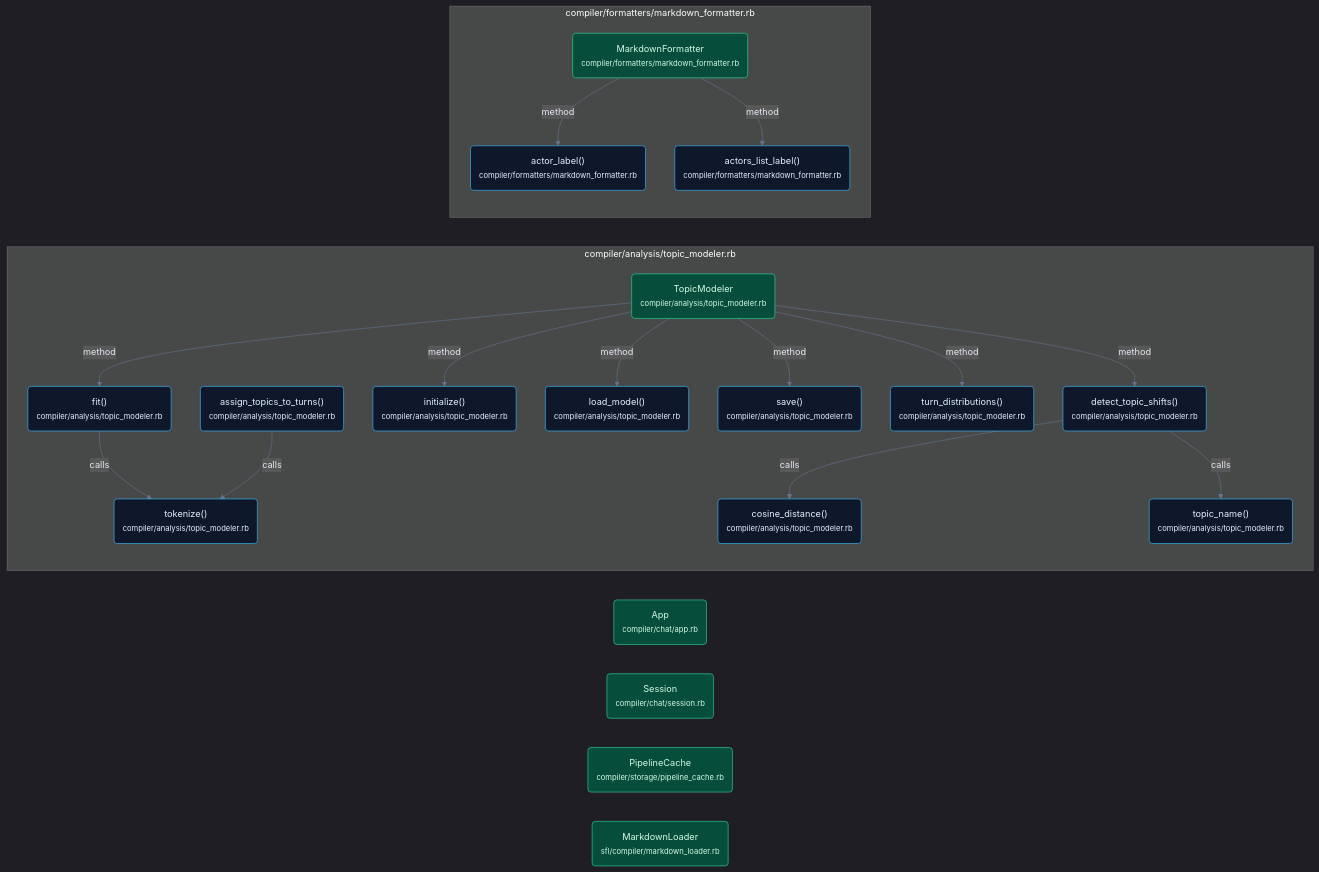
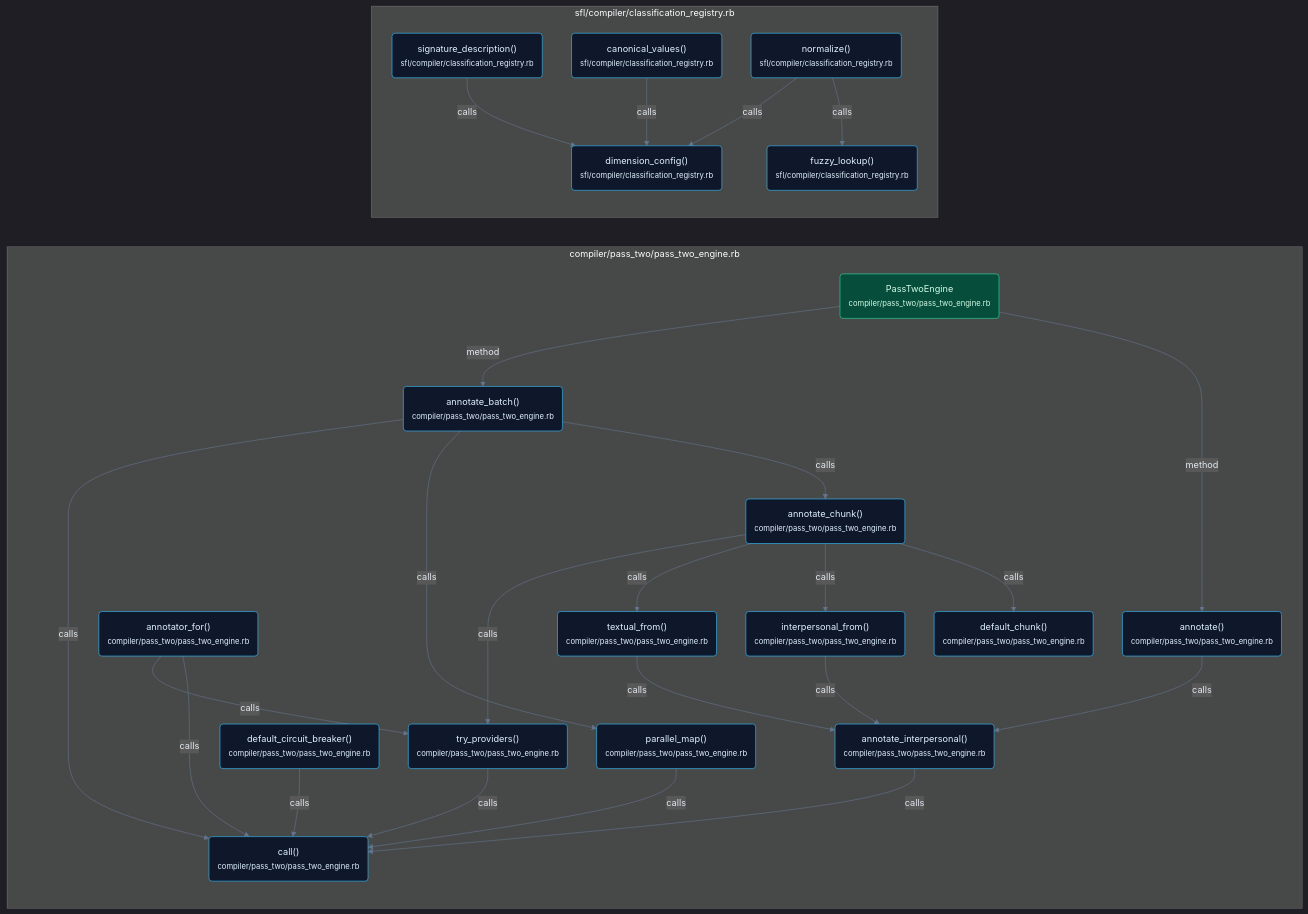
One commit to b08x/ruby-sfl-compiler changed the diagram in docs/diagrams/callflow_6.mmd. Above: the diagram before and after it, drawn with Mermaid. The commit also changed 26 other files, not shown here.

First line of the commit message:
📝 docs: document modules, update architecture and roadmap

```diff
--- a/docs/diagrams/callflow_6.mmd
+++ b/docs/diagrams/callflow_6.mmd
@@ -1,65 +1,75 @@
 %%{init: {"theme": "dark", "themeVariables": {"fontSize": "15.0px", "fontFamily": "Segoe UI, system-ui, sans-serif", "primaryColor": "#1e293b", "primaryTextColor": "#e2e8f0", "primaryBorderColor": "#38bdf8", "secondaryColor": "#0f172a", "tertiaryColor": "#334155", "lineColor": "#64748b", "textColor": "#e2e8f0"}, "flowchart": {"htmlLabels": true, "curve": "basis", "nodeSpacing": 48, "rankSpacing": 64, "padding": 14, "diagramPadding": 10, "useMaxWidth": true}}}%%
 flowchart LR
-    %% Section: Ingestion & Updates (96 nodes, 143 edges)
-    subgraph ingest_cache_update_compiler_analysis_topic_mode_2a162623["compiler/analysis/topic_modeler.rb"]
-        analysis_topic_modeler_topicmodeler_7c56ddc2("TopicModeler<br/><small>compiler/analysis/topic_modeler.rb</small>")
-        analysis_topic_modeler_topicmodeler_detect_topic_7a164f9f("detect_topic_shifts()<br/><small>compiler/analysis/topic_modeler.rb</small>")
-        analysis_topic_modeler_topicmodeler_fit_e9c2e99c("fit()<br/><small>compiler/analysis/topic_modeler.rb</small>")
-        analysis_topic_modeler_topicmodeler_initialize_be9d7e39("initialize()<br/><small>compiler/analysis/topic_modeler.rb</small>")
-        analysis_topic_modeler_topicmodeler_load_model_5b54b5a8("load_model()<br/><small>compiler/analysis/topic_modeler.rb</small>")
-        analysis_topic_modeler_topicmodeler_save_afa76bfb("save()<br/><small>compiler/analysis/topic_modeler.rb</small>")
-        analysis_topic_modeler_topicmodeler_turn_distrib_5324a076("turn_distributions()<br/><small>compiler/analysis/topic_modeler.rb</small>")
-        analysis_topic_modeler_tokenize_a0d8fa87("tokenize()<br/><small>compiler/analysis/topic_modeler.rb</small>")
-        analysis_topic_modeler_cosine_distance_f4c683ed("cosine_distance()<br/><small>compiler/analysis/topic_modeler.rb</small>")
-        analysis_topic_modeler_topic_name_b8f92bd8("topic_name()<br/><small>compiler/analysis/topic_modeler.rb</small>")
-        analysis_topic_modeler_assign_topics_to_turns_06b015c2("assign_topics_to_turns()<br/><small>compiler/analysis/topic_modeler.rb</small>")
+    %% Section: Classification Registry (47 nodes, 98 edges)
+    subgraph classification_registry_compiler_pass_two_pass_t_67500f7c["compiler/pass_two/pass_two_engine.rb"]
+        pass_two_pass_two_engine_annotate_chunk_70b2c869("annotate_chunk()<br/><small>compiler/pass_two/pass_two_engine.rb</small>")
+        pass_two_pass_two_engine_interpersonal_from_54cfaf6d("interpersonal_from()<br/><small>compiler/pass_two/pass_two_engine.rb</small>")
+        pass_two_pass_two_engine_annotate_interpersonal_3d71862d("annotate_interpersonal()<br/><small>compiler/pass_two/pass_two_engine.rb</small>")
+        pass_two_pass_two_engine_default_chunk_e7977e94("default_chunk()<br/><small>compiler/pass_two/pass_two_engine.rb</small>")
+        pass_two_pass_two_engine_passtwoengine_annotate_997aef16("annotate_batch()<br/><small>compiler/pass_two/pass_two_engine.rb</small>")
+        pass_two_pass_two_engine_textual_from_ac6ee295("textual_from()<br/><small>compiler/pass_two/pass_two_engine.rb</small>")
+        pass_two_pass_two_engine_passtwoengine_268bffbd("PassTwoEngine<br/><small>compiler/pass_two/pass_two_engine.rb</small>")
+        pass_two_pass_two_engine_passtwoengine_annotate_1ca3b46a("annotate()<br/><small>compiler/pass_two/pass_two_engine.rb</small>")
+        pass_two_pass_two_engine_parallel_map_7da56a45("parallel_map()<br/><small>compiler/pass_two/pass_two_engine.rb</small>")
+        pass_two_pass_two_engine_sflbatchannotator_call_5b68ce6f("call()<br/><small>compiler/pass_two/pass_two_engine.rb</small>")
+        pass_two_pass_two_engine_default_circuit_breaker_629ed319("default_circuit_breaker()<br/><small>compiler/pass_two/pass_two_engine.rb</small>")
+        pass_two_pass_two_engine_annotator_for_04789f28("annotator_for()<br/><small>compiler/pass_two/pass_two_engine.rb</small>")
+        pass_two_pass_two_engine_try_providers_22b48f36("try_providers()<br/><small>compiler/pass_two/pass_two_engine.rb</small>")
     end
-    subgraph ingest_cache_update_compiler_formatters_markdown_d891989c["compiler/formatters/markdown_formatter.rb"]
-        formatters_markdown_formatter_markdownformatter_a25bab02("MarkdownFormatter<br/><small>compiler/formatters/markdown_formatter.rb</small>")
-        formatters_markdown_formatter_markdownformatter_a2c6e035("actor_label()<br/><small>compiler/formatters/markdown_formatter.rb</small>")
-        formatters_markdown_formatter_markdownformatter_26329071("actors_list_label()<br/><small>compiler/formatters/markdown_formatter.rb</small>")
+    subgraph classification_registry_sfl_compiler_classificat_a72ecc55["sfl/compiler/classification_registry.rb"]
+        compiler_classification_registry_normalize_04e32a67("normalize()<br/><small>sfl/compiler/classification_registry.rb</small>")
+        compiler_classification_registry_dimension_confi_edad6450("dimension_config()<br/><small>sfl/compiler/classification_registry.rb</small>")
+        compiler_classification_registry_fuzzy_lookup_b26dfc3c("fuzzy_lookup()<br/><small>sfl/compiler/classification_registry.rb</small>")
+        compiler_classification_registry_canonical_value_caf1cfa3("canonical_values()<br/><small>sfl/compiler/classification_registry.rb</small>")
+        compiler_classification_registry_signature_descr_eb60eb1a("signature_description()<br/><small>sfl/compiler/classification_registry.rb</small>")
     end
-    chat_app_app_147c126d("App<br/><small>compiler/chat/app.rb</small>")
-    chat_session_session_f70f055a("Session<br/><small>compiler/chat/session.rb</small>")
-    storage_pipeline_cache_pipelinecache_c1343951("PipelineCache<br/><small>compiler/storage/pipeline_cache.rb</small>")
-    compiler_markdown_loader_markdownloader_06e0c660("MarkdownLoader<br/><small>sfl/compiler/markdown_loader.rb</small>")
-    analysis_topic_modeler_topicmodeler_7c56ddc2 -->|method| analysis_topic_modeler_topicmodeler_detect_topic_7a164f9f
-    analysis_topic_modeler_topicmodeler_7c56ddc2 -->|method| analysis_topic_modeler_topicmodeler_fit_e9c2e99c
-    analysis_topic_modeler_topicmodeler_7c56ddc2 -->|method| analysis_topic_modeler_topicmodeler_initialize_be9d7e39
-    analysis_topic_modeler_topicmodeler_7c56ddc2 -->|method| analysis_topic_modeler_topicmodeler_load_model_5b54b5a8
-    analysis_topic_modeler_topicmodeler_7c56ddc2 -->|method| analysis_topic_modeler_topicmodeler_save_afa76bfb
-    analysis_topic_modeler_topicmodeler_7c56ddc2 -->|method| analysis_topic_modeler_topicmodeler_turn_distrib_5324a076
-    analysis_topic_modeler_topicmodeler_fit_e9c2e99c -->|calls| analysis_topic_modeler_tokenize_a0d8fa87
-    analysis_topic_modeler_topicmodeler_detect_topic_7a164f9f -->|calls| analysis_topic_modeler_cosine_distance_f4c683ed
-    analysis_topic_modeler_topicmodeler_detect_topic_7a164f9f -->|calls| analysis_topic_modeler_topic_name_b8f92bd8
-    analysis_topic_modeler_assign_topics_to_turns_06b015c2 -->|calls| analysis_topic_modeler_tokenize_a0d8fa87
-    formatters_markdown_formatter_markdownformatter_a25bab02 -->|method| formatters_markdown_formatter_markdownformatter_a2c6e035
-    formatters_markdown_formatter_markdownformatter_a25bab02 -->|method| formatters_markdown_formatter_markdownformatter_26329071
-    %% Omitted for readability: 78 nodes, 0 edges
-    class analysis_topic_modeler_topicmodeler_7c56ddc2 klass;
-    class analysis_topic_modeler_topicmodeler_detect_topic_7a164f9f function;
-    class analysis_topic_modeler_topicmodeler_fit_e9c2e99c function;
-    class analysis_topic_modeler_topicmodeler_initialize_be9d7e39 function;
-    class analysis_topic_modeler_topicmodeler_load_model_5b54b5a8 function;
-    class analysis_topic_modeler_topicmodeler_save_afa76bfb function;
-    class analysis_topic_modeler_topicmodeler_turn_distrib_5324a076 function;
-    class analysis_topic_modeler_tokenize_a0d8fa87 function;
-    class analysis_topic_modeler_cosine_distance_f4c683ed function;
-    class analysis_topic_modeler_topic_name_b8f92bd8 function;
-    class analysis_topic_modeler_assign_topics_to_turns_06b015c2 function;
-    class formatters_markdown_formatter_markdownformatter_a25bab02 klass;
-    class formatters_markdown_formatter_markdownformatter_a2c6e035 function;
-    class formatters_markdown_formatter_markdownformatter_26329071 function;
-    class chat_app_app_147c126d klass;
-    class chat_session_session_f70f055a klass;
-    class storage_pipeline_cache_pipelinecache_c1343951 klass;
-    class compiler_markdown_loader_markdownloader_06e0c660 klass;
+    compiler_classification_registry_normalize_04e32a67 -->|calls| compiler_classification_registry_dimension_confi_edad6450
+    compiler_classification_registry_normalize_04e32a67 -->|calls| compiler_classification_registry_fuzzy_lookup_b26dfc3c
+    compiler_classification_registry_canonical_value_caf1cfa3 -->|calls| compiler_classification_registry_dimension_confi_edad6450
+    compiler_classification_registry_signature_descr_eb60eb1a -->|calls| compiler_classification_registry_dimension_confi_edad6450
+    pass_two_pass_two_engine_passtwoengine_268bffbd -->|method| pass_two_pass_two_engine_passtwoengine_annotate_1ca3b46a
+    pass_two_pass_two_engine_passtwoengine_268bffbd -->|method| pass_two_pass_two_engine_passtwoengine_annotate_997aef16
+    pass_two_pass_two_engine_passtwoengine_annotate_997aef16 -->|calls| pass_two_pass_two_engine_annotate_chunk_70b2c869
+    pass_two_pass_two_engine_passtwoengine_annotate_997aef16 -->|calls| pass_two_pass_two_engine_parallel_map_7da56a45
+    pass_two_pass_two_engine_passtwoengine_annotate_997aef16 -->|calls| pass_two_pass_two_engine_sflbatchannotator_call_5b68ce6f
+    pass_two_pass_two_engine_passtwoengine_annotate_1ca3b46a -->|calls| pass_two_pass_two_engine_annotate_interpersonal_3d71862d
+    pass_two_pass_two_engine_default_circuit_breaker_629ed319 -->|calls| pass_two_pass_two_engine_sflbatchannotator_call_5b68ce6f
+    pass_two_pass_two_engine_annotator_for_04789f28 -->|calls| pass_two_pass_two_engine_sflbatchannotator_call_5b68ce6f
+    pass_two_pass_two_engine_annotator_for_04789f28 -->|calls| pass_two_pass_two_engine_try_providers_22b48f36
+    pass_two_pass_two_engine_annotate_chunk_70b2c869 -->|calls| pass_two_pass_two_engine_default_chunk_e7977e94
+    pass_two_pass_two_engine_annotate_chunk_70b2c869 -->|calls| pass_two_pass_two_engine_interpersonal_from_54cfaf6d
+    pass_two_pass_two_engine_annotate_chunk_70b2c869 -->|calls| pass_two_pass_two_engine_textual_from_ac6ee295
+    pass_two_pass_two_engine_annotate_chunk_70b2c869 -->|calls| pass_two_pass_two_engine_try_providers_22b48f36
+    pass_two_pass_two_engine_try_providers_22b48f36 -->|calls| pass_two_pass_two_engine_sflbatchannotator_call_5b68ce6f
+    pass_two_pass_two_engine_interpersonal_from_54cfaf6d -->|calls| pass_two_pass_two_engine_annotate_interpersonal_3d71862d
+    pass_two_pass_two_engine_textual_from_ac6ee295 -->|calls| pass_two_pass_two_engine_annotate_interpersonal_3d71862d
+    pass_two_pass_two_engine_parallel_map_7da56a45 -->|calls| pass_two_pass_two_engine_sflbatchannotator_call_5b68ce6f
+    pass_two_pass_two_engine_annotate_interpersonal_3d71862d -->|calls| pass_two_pass_two_engine_sflbatchannotator_call_5b68ce6f
+    %% Omitted for readability: 29 nodes, 0 edges
+    class pass_two_pass_two_engine_annotate_chunk_70b2c869 function;
+    class pass_two_pass_two_engine_interpersonal_from_54cfaf6d function;
+    class pass_two_pass_two_engine_annotate_interpersonal_3d71862d function;
+    class pass_two_pass_two_engine_default_chunk_e7977e94 function;
+    class pass_two_pass_two_engine_passtwoengine_annotate_997aef16 function;
+    class pass_two_pass_two_engine_textual_from_ac6ee295 function;
+    class pass_two_pass_two_engine_passtwoengine_268bffbd klass;
+    class pass_two_pass_two_engine_passtwoengine_annotate_1ca3b46a function;
+    class pass_two_pass_two_engine_parallel_map_7da56a45 function;
+    class pass_two_pass_two_engine_sflbatchannotator_call_5b68ce6f function;
+    class pass_two_pass_two_engine_default_circuit_breaker_629ed319 function;
+    class pass_two_pass_two_engine_annotator_for_04789f28 function;
+    class pass_two_pass_two_engine_try_providers_22b48f36 function;
+    class compiler_classification_registry_normalize_04e32a67 function;
+    class compiler_classification_registry_dimension_confi_edad6450 function;
+    class compiler_classification_registry_fuzzy_lookup_b26dfc3c function;
+    class compiler_classification_registry_canonical_value_caf1cfa3 function;
+    class compiler_classification_registry_signature_descr_eb60eb1a function;
     classDef entry fill:#422006,stroke:#fbbf24,color:#fde68a,stroke-width:1px;
     classDef api fill:#450a0a,stroke:#f87171,color:#fee2e2,stroke-width:1px;
     classDef async fill:#2e1065,stroke:#a78bfa,color:#ede9fe,stroke-width:1px;
     classDef klass fill:#064e3b,stroke:#34d399,color:#d1fae5,stroke-width:1px;
     classDef ui fill:#831843,stroke:#f472b6,color:#fce7f3,stroke-width:1px;
     classDef module fill:#172554,stroke:#60a5fa,color:#dbeafe,stroke-width:1px;
     classDef test fill:#3f3f46,stroke:#a1a1aa,color:#f4f4f5,stroke-width:1px;
     classDef concept fill:#292524,stroke:#a8a29e,color:#fafaf9,stroke-dasharray:4 3;
     classDef function fill:#0f172a,stroke:#38bdf8,color:#e0f2fe,stroke-width:1px;
```
